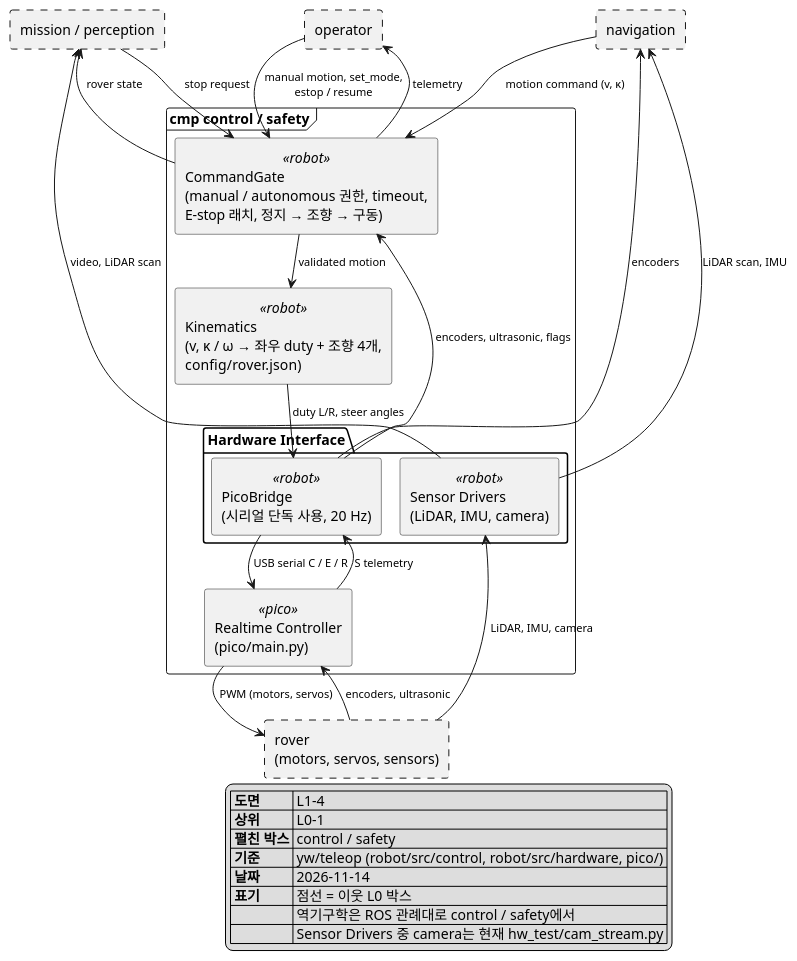
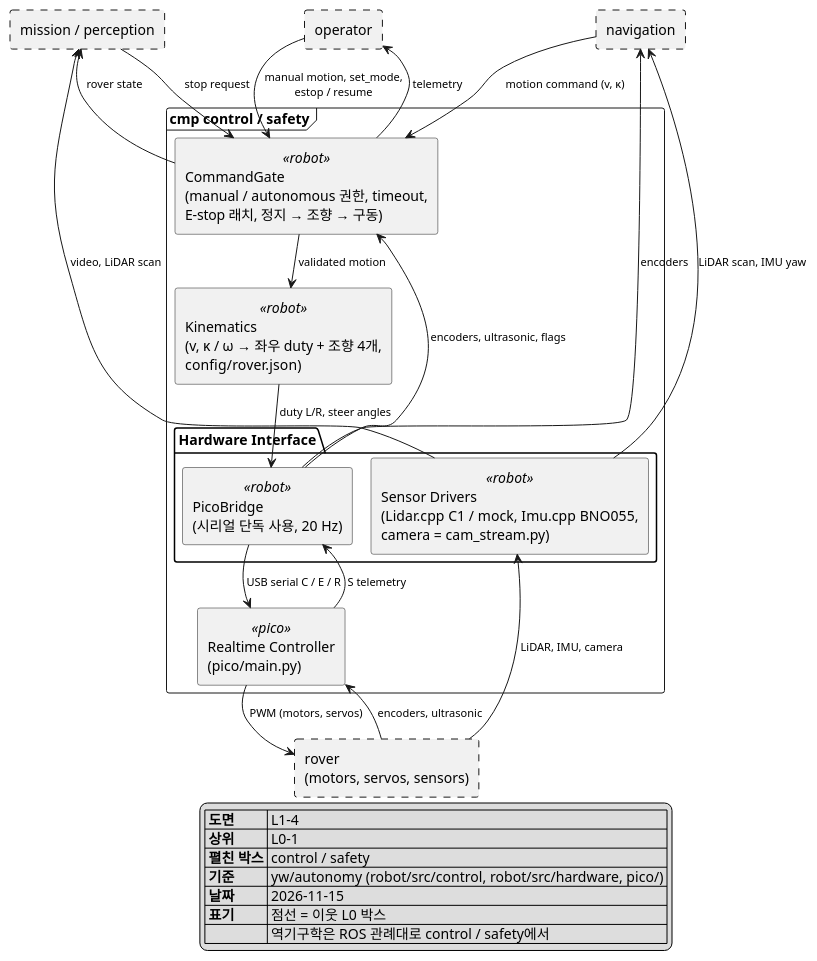
The diagram in docs/architecture/L1-4_control_safety.puml (Ruysong/autonomous-rescue-rover), drawn with PlantUML before and after one commit. The commit also changed 32 other files, not shown here.

```diff
--- a/docs/architecture/L1-4_control_safety.puml
+++ b/docs/architecture/L1-4_control_safety.puml
@@ -1,54 +1,53 @@
 @startuml L1-4_control_safety
 !pragma layout smetana
 skinparam monochrome true
 skinparam shadowing false
 skinparam defaultFontName "Malgun Gothic"
 skinparam componentStyle rectangle
 skinparam ArrowFontSize 11
 top to bottom direction
 
 rectangle "operator" as OPERATOR #line.dashed
 rectangle "navigation" as NAV #line.dashed
 rectangle "mission / perception" as MISSION #line.dashed
 
 frame "cmp control / safety" {
   component "CommandGate\n(manual / autonomous 권한, timeout,\nE-stop 래치, 정지 → 조향 → 구동)" <<robot>> as GATE
   component "Kinematics\n(v, κ / ω → 좌우 duty + 조향 4개,\nconfig/rover.json)" <<robot>> as IK
   package "Hardware Interface" {
     component "PicoBridge\n(시리얼 단독 사용, 20 Hz)" <<robot>> as BRIDGE
-    component "Sensor Drivers\n(LiDAR, IMU, camera)" <<robot>> as DRIVERS
+    component "Sensor Drivers\n(Lidar.cpp C1 / mock, Imu.cpp BNO055,\ncamera = cam_stream.py)" <<robot>> as DRIVERS
   }
   component "Realtime Controller\n(pico/main.py)" <<pico>> as RT
 }
 
 rectangle "rover\n(motors, servos, sensors)" as ROVER #line.dashed
 
 OPERATOR --> GATE : manual motion, set_mode,\nestop / resume
 NAV --> GATE : motion command (v, κ)
 MISSION --> GATE : stop request
 GATE --> IK : validated motion
 IK --> BRIDGE : duty L/R, steer angles
 BRIDGE --> RT : USB serial C / E / R
 RT --> ROVER : PWM (motors, servos)
 
 ROVER -up-> RT : encoders, ultrasonic
 RT -up-> BRIDGE : S telemetry
 ROVER -up-> DRIVERS : LiDAR, IMU, camera
 BRIDGE -up-> GATE : encoders, ultrasonic, flags
 GATE -up-> MISSION : rover state
 GATE -up-> OPERATOR : telemetry
-DRIVERS -up-> NAV : LiDAR scan, IMU
+DRIVERS -up-> NAV : LiDAR scan, IMU yaw
 BRIDGE -up-> NAV : encoders
 DRIVERS -up-> MISSION : video, LiDAR scan
 
 legend bottom right
   |= 도면 | L1-4 |
   |= 상위 | L0-1 |
   |= 펼친 박스 | control / safety |
-  |= 기준 | yw/teleop (robot/src/control, robot/src/hardware, pico/) |
-  |= 날짜 | 2026-11-14 |
+  |= 기준 | yw/autonomy (robot/src/control, robot/src/hardware, pico/) |
+  |= 날짜 | 2026-11-15 |
   |= 표기 | 점선 = 이웃 L0 박스 |
   |= | 역기구학은 ROS 관례대로 control / safety에서 |
-  |= | Sensor Drivers 중 camera는 현재 hw_test/cam_stream.py |
 endlegend
 @enduml
```
